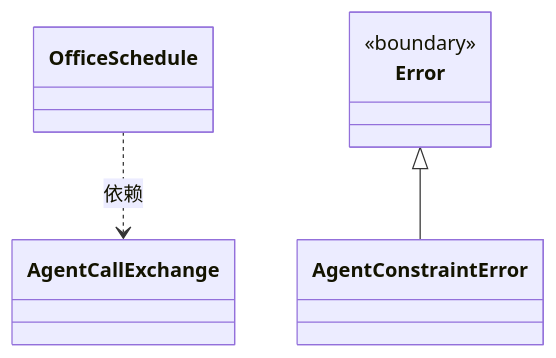
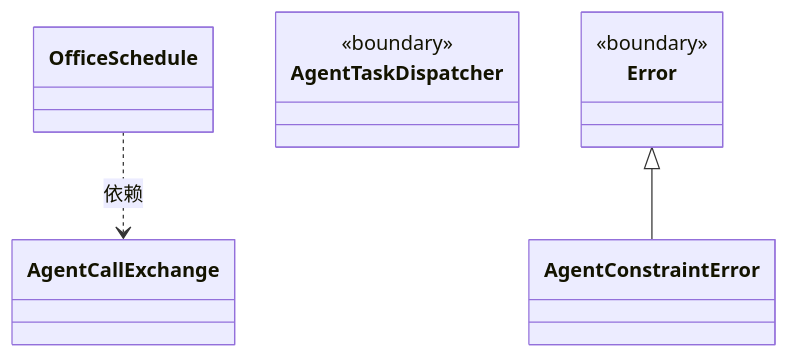
One commit to nan023062/cbim changed the second of 2 diagrams in src/framework/office/ARCHITECTURE.md. Above: the diagram before and after it, drawn with Mermaid. The commit also changed other lines of this file and 15 other files, not shown here.

Commit message:
Implement Office task scheduling and desktop agent conversations

````diff
--- a/src/framework/office/ARCHITECTURE.md
+++ b/src/framework/office/ARCHITECTURE.md
@@ -62,14 +61,18 @@
 ```mermaid
 classDiagram
 class N_05f34cd1b4f1["AgentCallExchange"]
 click N_05f34cd1b4f1 href "exchange.ts"
 class N_0ae17ffad4f1["OfficeSchedule"]
 click N_0ae17ffad4f1 href "schedule.ts"
 class N_270b6d5a1d80["AgentConstraintError"]
 click N_270b6d5a1d80 href "call.ts"
+class N_89a1c69bfd27["AgentTaskDispatcher"] {
+  <<boundary>>
+}
+click N_89a1c69bfd27 href "../cability/agent/execution.ts"
 class N_b7b436f4eeb9["Error"] {
   <<boundary>>
 }
 N_0ae17ffad4f1 ..> N_05f34cd1b4f1 : 依赖
 N_b7b436f4eeb9 <|-- N_270b6d5a1d80
 ```
````
